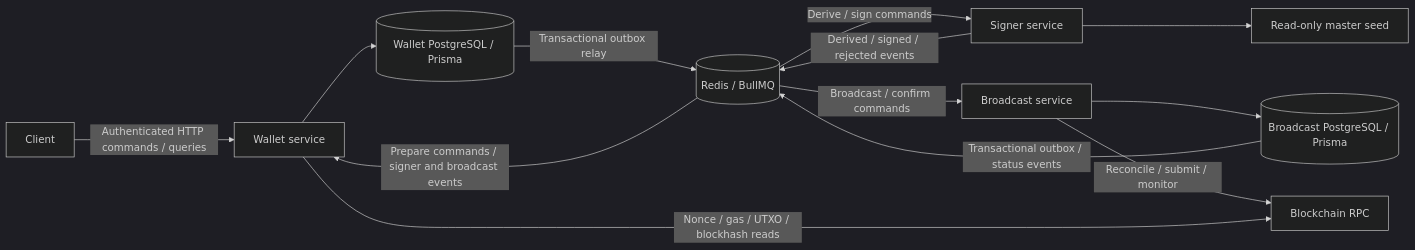
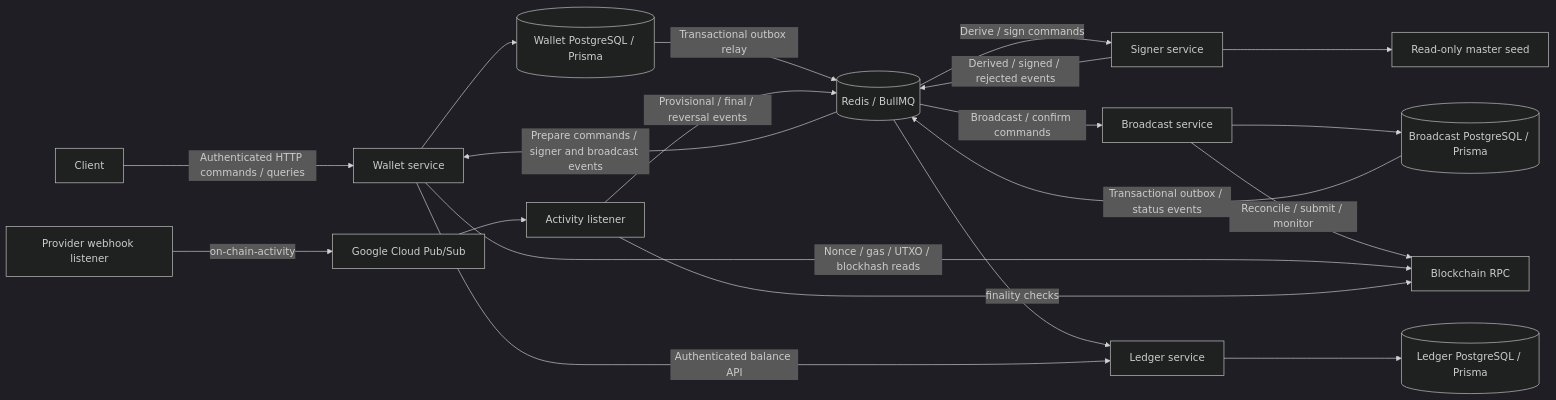
One commit to EmmanuelAmodu/Wallet-Service changed the diagram in README.md. Above: the diagram before and after it, drawn with Mermaid (dark theme). The commit also changed other lines of this file and 54 other files, not shown here.

First line of the commit message:
feat: implement ledger service with wallet registration, balance management, and activity processing

````diff
--- a/README.md
+++ b/README.md
@@ -7,15 +7,22 @@
 ```mermaid
 flowchart LR
   Client -->|Authenticated HTTP commands / queries| Wallet[Wallet service]
   Wallet --> DB[(Wallet PostgreSQL / Prisma)]
   DB -->|Transactional outbox relay| Redis[(Redis / BullMQ)]
   Redis -->|Derive / sign commands| Signer[Signer service]
   Signer -->|Derived / signed / rejected events| Redis
   Redis -->|Prepare commands / signer and broadcast events| Wallet
   Redis -->|Broadcast / confirm commands| Broadcast[Broadcast service]
   Broadcast --> BroadcastDB[(Broadcast PostgreSQL / Prisma)]
   BroadcastDB -->|Transactional outbox / status events| Redis
   Broadcast -->|Reconcile / submit / monitor| Nodes[Blockchain RPC]
   Wallet -->|Nonce / gas / UTXO / blockhash reads| Nodes
+  ProviderListener[Provider webhook listener] -->|on-chain-activity| PubSub[Google Cloud Pub/Sub]
+  PubSub --> Activity[Activity listener]
+  Activity -->|finality checks| Nodes
+  Activity -->|Provisional / final / reversal events| Redis
+  Redis --> Ledger[Ledger service]
+  Ledger --> LedgerDB[(Ledger PostgreSQL / Prisma)]
+  Wallet -->|Authenticated balance API| Ledger
   Signer --> Seed[Read-only master seed]
 ```
````
